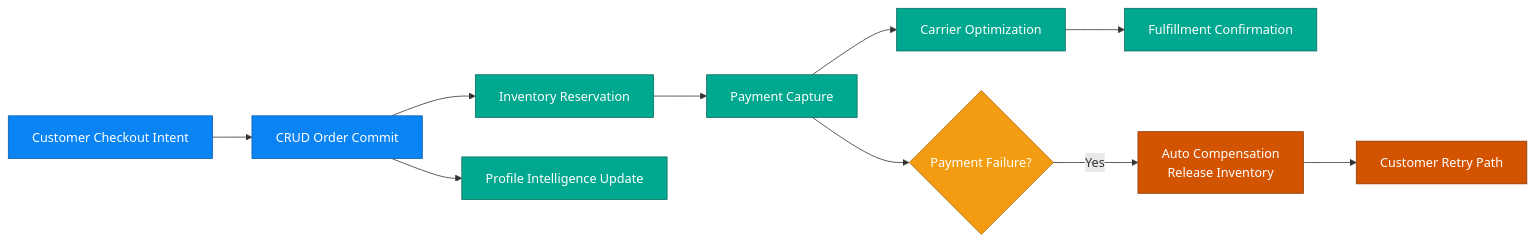
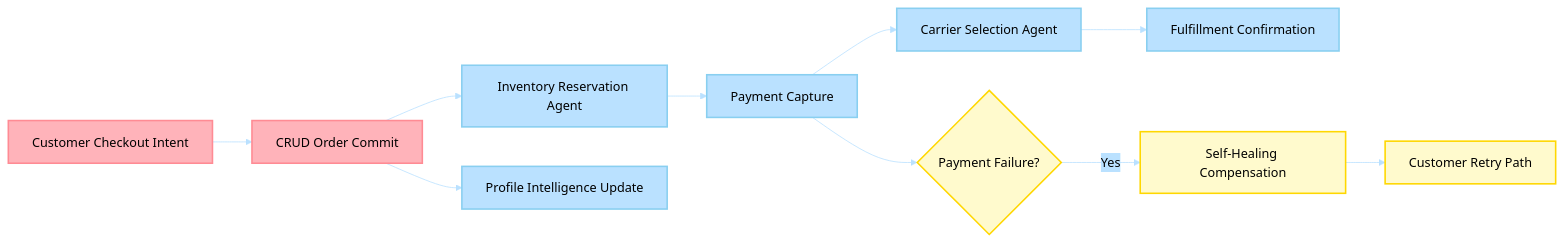
The diagram in docs/business_scenarios/01-order-to-fulfillment/README.md (Azure-Samples/holiday-peak-hub), drawn with Mermaid before and after one commit. The commit also changed other lines of this file and 112 other files, not shown here.

````diff
--- a/docs/business_scenarios/01-order-to-fulfillment/README.md
+++ b/docs/business_scenarios/01-order-to-fulfillment/README.md
@@ -27,23 +40,29 @@
 ```mermaid
+%%{init: {'theme':'base', 'themeVariables': {
+  'primaryColor':'#FFB3BA',
+  'primaryTextColor':'#000',
+  'primaryBorderColor':'#FF8B94',
+  'lineColor':'#BAE1FF',
+  'secondaryColor':'#BAE1FF',
+  'tertiaryColor':'#FFFFFF'
+}}}%%
 flowchart LR
    A[Customer Checkout Intent] --> B[CRUD Order Commit]
-   B --> C[Inventory Reservation]
+   B --> C[Inventory Reservation Agent]
    C --> D[Payment Capture]
-   D --> E[Carrier Optimization]
+   D --> E[Carrier Selection Agent]
    E --> F[Fulfillment Confirmation]
    B --> G[Profile Intelligence Update]
 
    D --> H{Payment Failure?}
-   H -->|Yes| I[Auto Compensation\nRelease Inventory]
+   H -->|Yes| I[Self-Healing Compensation]
    I --> J[Customer Retry Path]
 
-   classDef a fill:#0B84F3,color:#fff,stroke:#085ea8
-   classDef b fill:#00A88F,color:#fff,stroke:#0b6e5f
-   classDef c fill:#F39C12,color:#fff,stroke:#af6f0c
-   classDef d fill:#8E44AD,color:#fff,stroke:#5b2a70
-   classDef e fill:#D35400,color:#fff,stroke:#8e3a00
-   class A,B a
-   class C,D,E,F,G b
-   class H c
-   class I,J e
+   classDef primary fill:#FFB3BA,stroke:#FF8B94,stroke-width:2px,color:#000
+   classDef secondary fill:#BAE1FF,stroke:#89CFF0,stroke-width:2px,color:#000
+   classDef alert fill:#FFFACD,stroke:#FFD700,stroke-width:2px,color:#000
+
+   class A,B primary
+   class C,D,E,F,G secondary
+   class H,I,J alert
 ```
````
